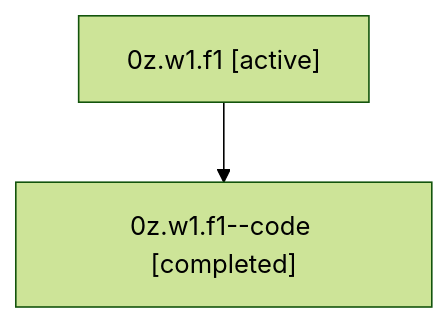
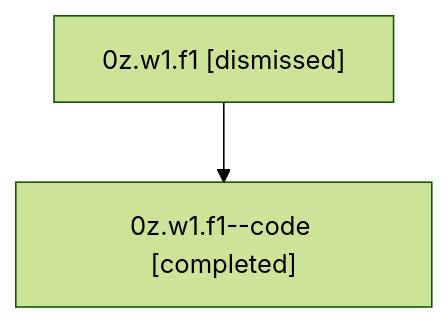
Before and after one commit to sase-org/sase--agents: the diagram in sessions/bbugyi200.athena.0z.w1.f1.md, drawn with Mermaid (forest theme). The commit also changed other lines of this file and 35 other files, not shown here.

````diff
--- a/sessions/bbugyi200.athena.0z.w1.f1.md
+++ b/sessions/bbugyi200.athena.0z.w1.f1.md
@@ -9,6 +9,6 @@
 ```mermaid
 flowchart TD
-  n0["0z.w1.f1 [active]"]
+  n0["0z.w1.f1 [dismissed]"]
   n1["0z.w1.f1--code [completed]"]
   n0 --> n1
 ```
````
